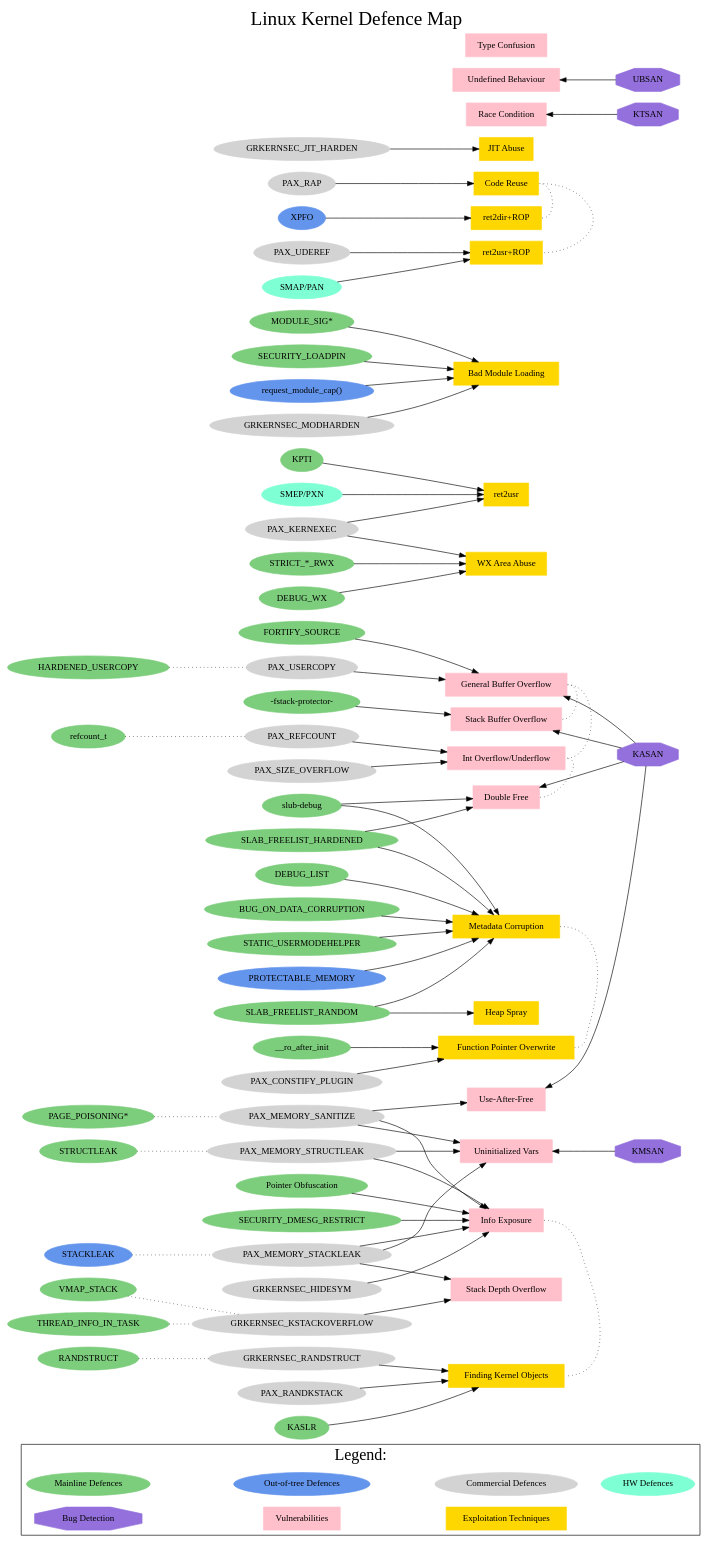
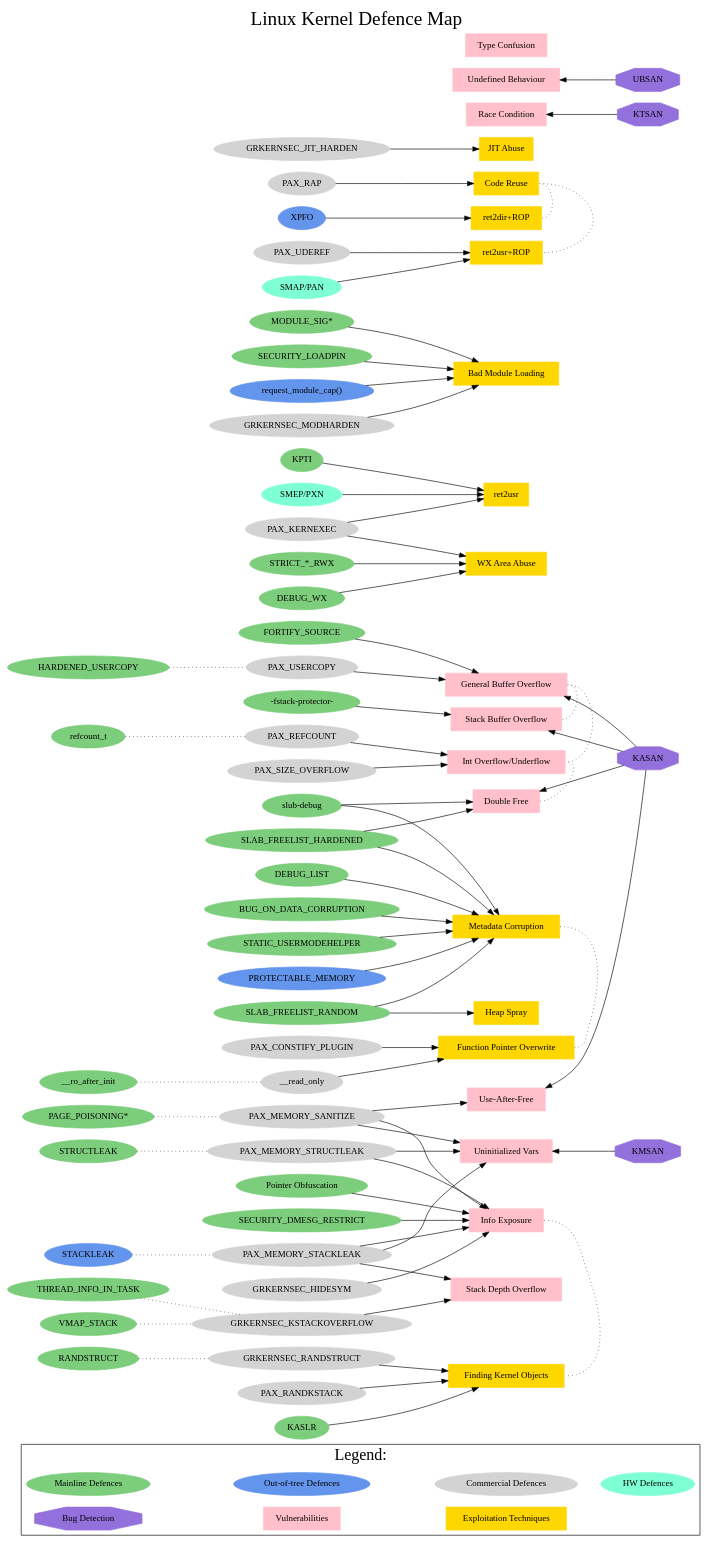
Before and after one commit to a13xp0p0v/linux-kernel-defence-map: the diagram in linux-kernel-defence-map.dot, drawn with Graphviz.

Commit message:
__ro_after_init is inspired by __read_only (thanks to Brad Spengler)

```diff
--- a/linux-kernel-defence-map.dot
+++ b/linux-kernel-defence-map.dot
@@ -72,7 +72,6 @@
     "SLAB_FREELIST_RANDOM";
     "Pointer Obfuscation";
     "KASLR";
-    "__ro_after_init";
     "STRICT_*_RWX";
     "DEBUG_WX";
     "BUG_ON_DATA_CORRUPTION";
@@ -105,6 +104,7 @@
     "PAX_MEMORY_STRUCTLEAK";
     "PAX_MEMORY_STACKLEAK";
     "GRKERNSEC_MODHARDEN";
+    "__read_only";
 
     // HW Defences
     node [shape=oval, color=aquamarine];
@@ -123,6 +123,7 @@
     "THREAD_INFO_IN_TASK";
     "RANDSTRUCT";
     "STRUCTLEAK";
+    "__ro_after_init";
 
     node [shape=oval, color=cornflowerblue];
     "STACKLEAK";
@@ -136,6 +137,7 @@
   "THREAD_INFO_IN_TASK" -> "GRKERNSEC_KSTACKOVERFLOW";
   "RANDSTRUCT" -> "GRKERNSEC_RANDSTRUCT";
   "STRUCTLEAK" -> "PAX_MEMORY_STRUCTLEAK";
+  "__ro_after_init" -> "__read_only";
   "STACKLEAK" -> "PAX_MEMORY_STACKLEAK";
 
 
@@ -243,7 +245,7 @@
   "STATIC_USERMODEHELPER" -> "Metadata Corruption";
 
   "PAX_CONSTIFY_PLUGIN" -> "Function Pointer Overwrite";
-  "__ro_after_init" -> "Function Pointer Overwrite";
+  "__read_only" -> "Function Pointer Overwrite";
 
   "SLAB_FREELIST_RANDOM" -> "Heap Spray";
 
```
